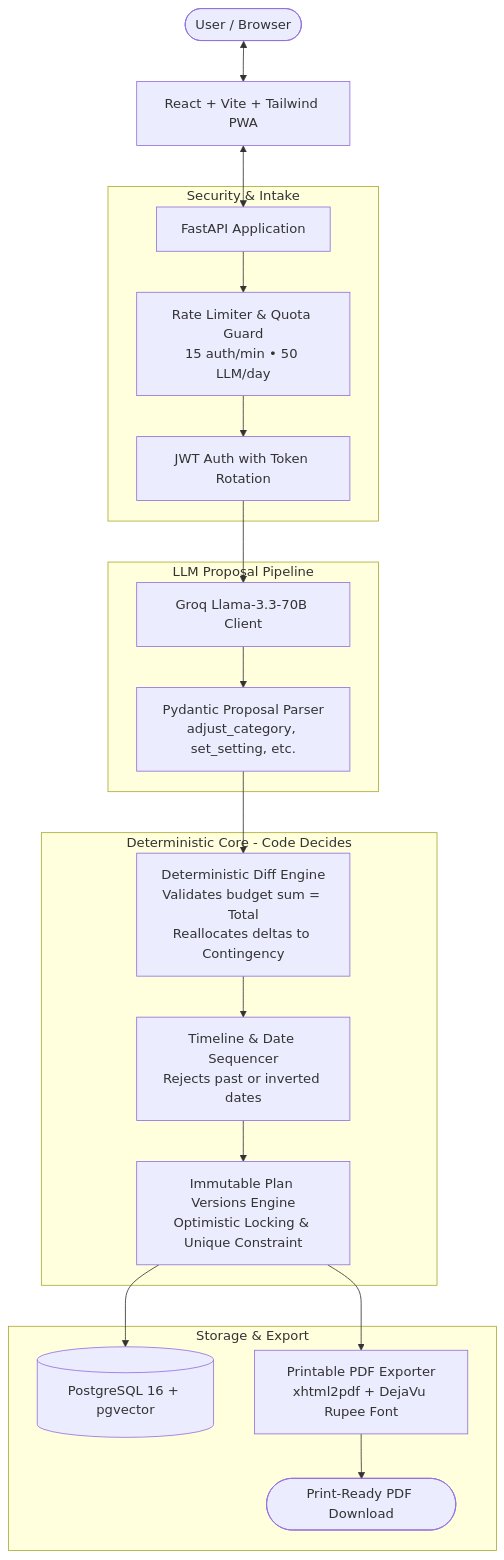
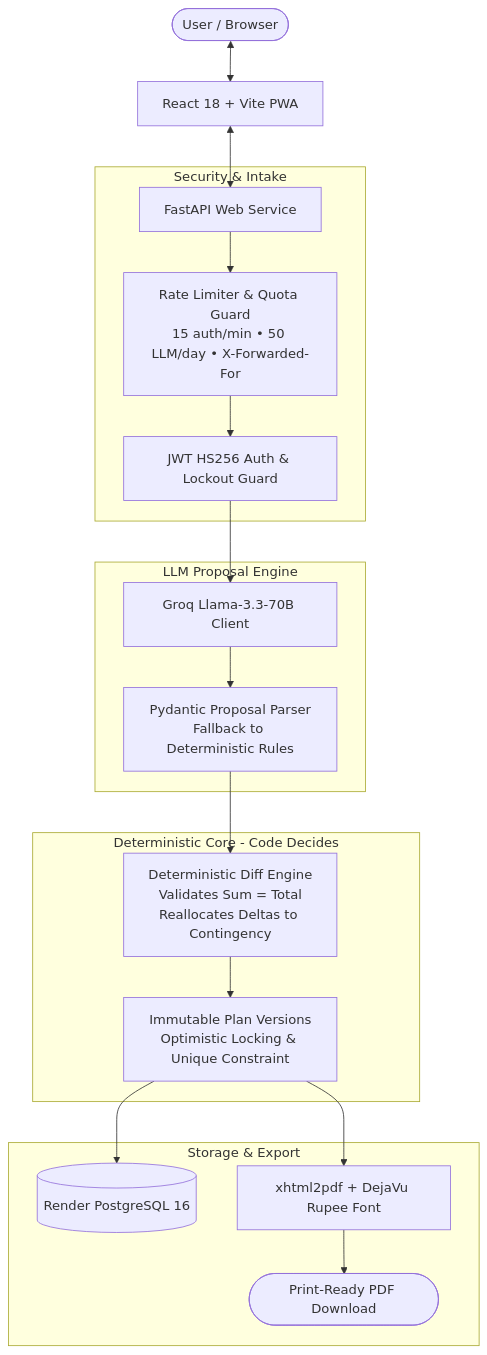
The diagram in README.md (11DDBOY11/Festiva), drawn with Mermaid before and after one commit. The commit also changed other lines of this file and 7 other files, not shown here.

Commit message:
docs: overhaul README with architecture, persona, accessibility, and zero hardcoded paths

````diff
--- a/README.md
+++ b/README.md
@@ -48,27 +34,26 @@
 ```mermaid
 flowchart TD
-    User([User / Browser]) <--> Frontend[React + Vite + Tailwind PWA]
-    Frontend <--> API[FastAPI Application]
+    User([User / Browser]) <--> Frontend[React 18 + Vite PWA]
+    Frontend <--> API[FastAPI Web Service]
 
     subgraph Security & Intake
-        API --> RateLimiter[Rate Limiter & Quota Guard\n15 auth/min • 50 LLM/day]
-        RateLimiter --> Auth[JWT Auth with Token Rotation]
+        API --> RateLimiter[Rate Limiter & Quota Guard\n15 auth/min • 50 LLM/day • X-Forwarded-For]
+        RateLimiter --> Auth[JWT HS256 Auth & Lockout Guard]
     end
 
-    subgraph LLM Proposal Pipeline
+    subgraph LLM Proposal Engine
         Auth --> LLM[Groq Llama-3.3-70B Client]
-        LLM --> Parser[Pydantic Proposal Parser\nadjust_category, set_setting, etc.]
+        LLM --> Parser[Pydantic Proposal Parser\nFallback to Deterministic Rules]
     end
 
     subgraph Deterministic Core - Code Decides
-        Parser --> DiffEngine[Deterministic Diff Engine\nValidates budget sum = Total\nReallocates deltas to Contingency]
-        DiffEngine --> DateValidator[Timeline & Date Sequencer\nRejects past or inverted dates]
-        DateValidator --> VersionControl[Immutable Plan Versions Engine\nOptimistic Locking & Unique Constraint]
+        Parser --> DiffEngine[Deterministic Diff Engine\nValidates Sum = Total\nReallocates Deltas to Contingency]
+        DiffEngine --> VersionControl[Immutable Plan Versions\nOptimistic Locking & Unique Constraint]
     end
 
     subgraph Storage & Export
-        VersionControl --> DB[(PostgreSQL 16 + pgvector)]
-        VersionControl --> PDFGen[Printable PDF Exporter\nxhtml2pdf + DejaVu Rupee Font]
+        VersionControl --> DB[(Render PostgreSQL 16)]
+        VersionControl --> PDFGen[xhtml2pdf + DejaVu Rupee Font]
         PDFGen --> ExportPDF([Print-Ready PDF Download])
     end
 ```
````
